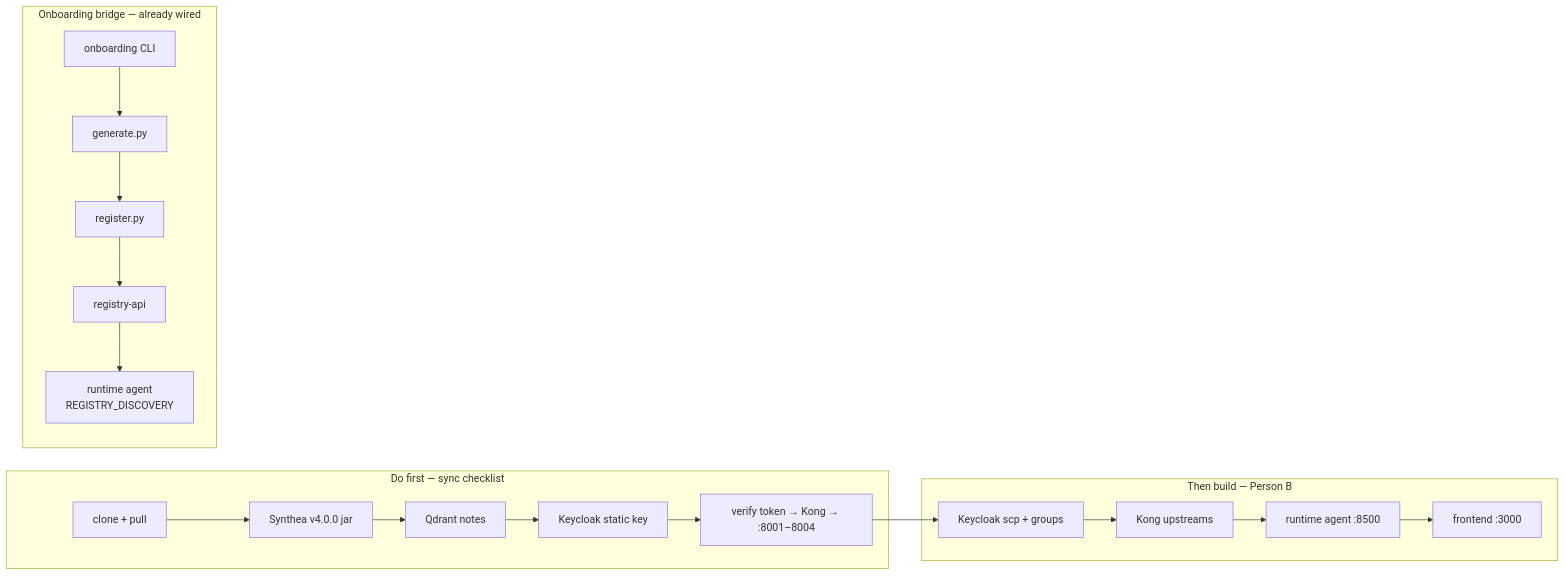
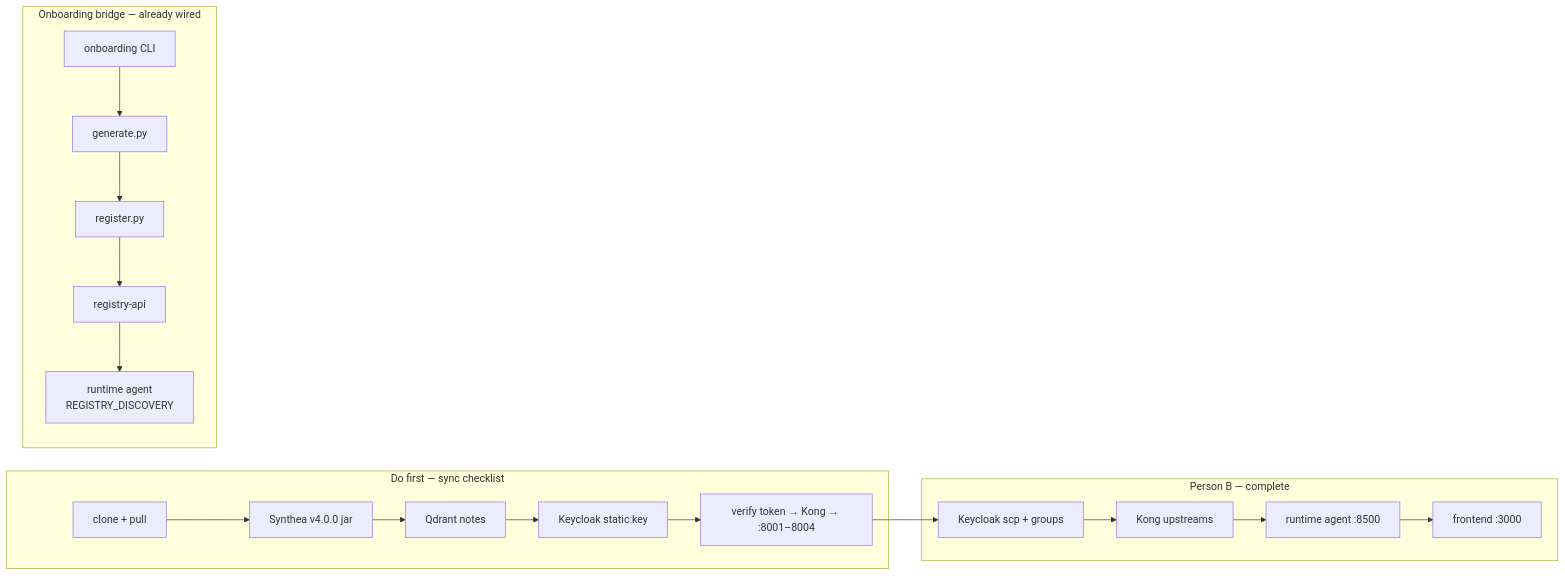
Before and after one commit to aakash-p-s/MCP-Data-Factory: the diagram in docs/PERSON_B_SYNC.md, drawn with Mermaid. The commit also changed other lines of this file and 16 other files, not shown here.

````diff
--- a/docs/PERSON_B_SYNC.md
+++ b/docs/PERSON_B_SYNC.md
@@ -16,25 +16,25 @@
 ```mermaid
 flowchart LR
     subgraph SYNC["Do first — sync checklist"]
         P0[clone + pull]
         P1[Synthea v4.0.0 jar]
         P2[Qdrant notes]
         P3[Keycloak static key]
         P4[verify token → Kong → :8001–8004]
         P0 --> P1 --> P2 --> P3 --> P4
     end
 
-    subgraph BUILD["Then build — Person B"]
+    subgraph BUILD["Person B — complete"]
         B1[Keycloak scp + groups]
         B2[Kong upstreams]
         B3[runtime agent :8500]
         B4[frontend :3000]
         P4 --> B1 --> B2 --> B3 --> B4
     end
 
     subgraph FACTORY["Onboarding bridge — already wired"]
         OA[onboarding CLI] --> GEN[generate.py] --> REG[register.py]
         REG --> RA[registry-api]
         RA --> AG[runtime agent<br/>REGISTRY_DISCOVERY]
     end
 ```
````
